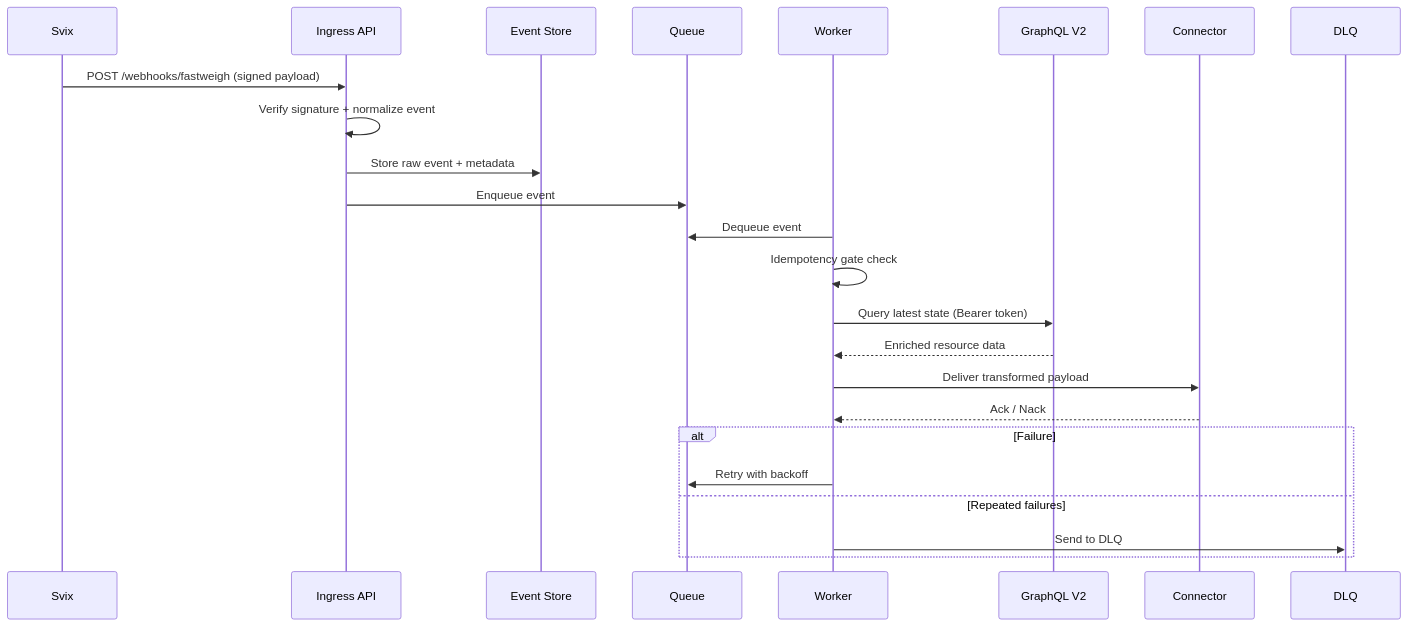
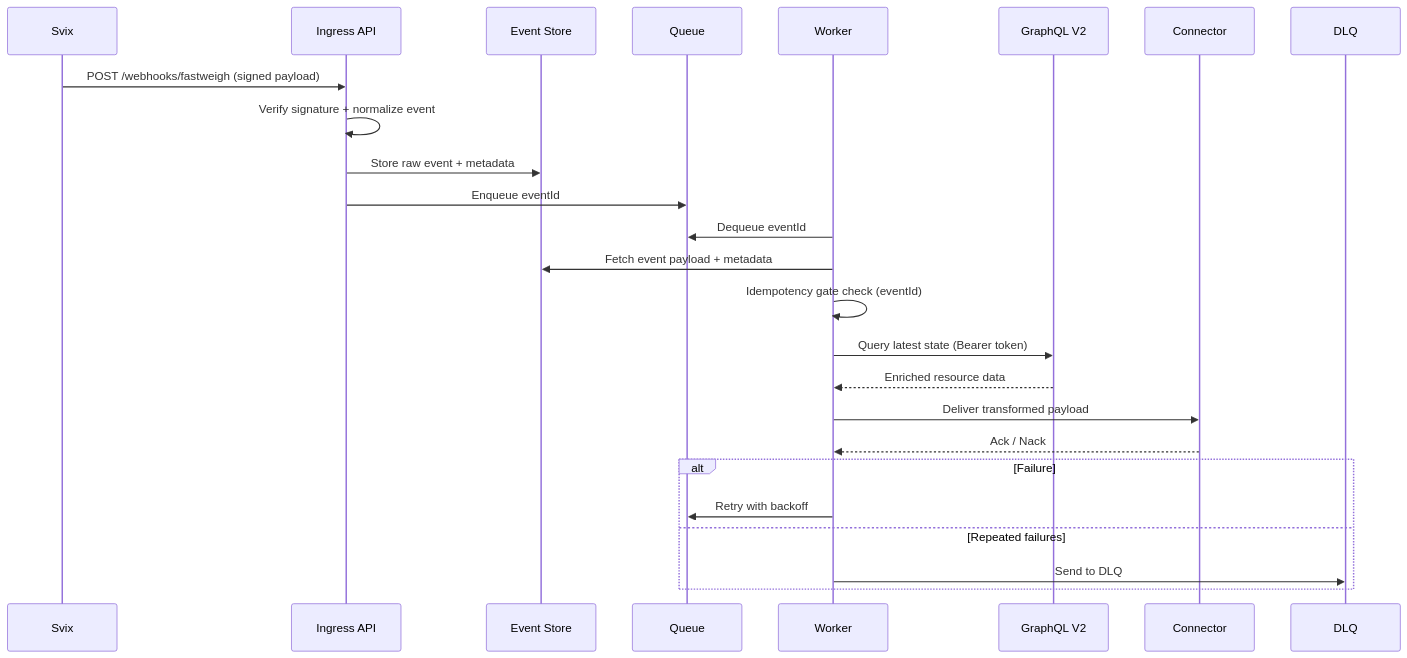
Before and after one commit to Joseph-Mutua/fastweigh-event-gateway: the second of 2 diagrams in README.md, drawn with Mermaid. The commit also changed other lines of this file and 19 other files, not shown here.

Commit message:
feat: productionize webhook gateway flow (event store + worker idempotency + DLQ replay + tracing)

````diff
--- a/README.md
+++ b/README.md
@@ -66,26 +64,27 @@
 ```mermaid
 sequenceDiagram
   participant SV as Svix
   participant IN as Ingress API
   participant EV as Event Store
   participant Q as Queue
   participant WK as Worker
   participant GQL as GraphQL V2
   participant CN as Connector
 
   SV->>IN: POST /webhooks/fastweigh (signed payload)
   IN->>IN: Verify signature + normalize event
   IN->>EV: Store raw event + metadata
-  IN->>Q: Enqueue event
-  WK->>Q: Dequeue event
-  WK->>WK: Idempotency gate check
+  IN->>Q: Enqueue eventId
+  WK->>Q: Dequeue eventId
+  WK->>EV: Fetch event payload + metadata
+  WK->>WK: Idempotency gate check (eventId)
   WK->>GQL: Query latest state (Bearer token)
   GQL-->>WK: Enriched resource data
   WK->>CN: Deliver transformed payload
   CN-->>WK: Ack / Nack
   alt Failure
     WK->>Q: Retry with backoff
   else Repeated failures
     WK->>DLQ: Send to DLQ
   end
 ```
````
